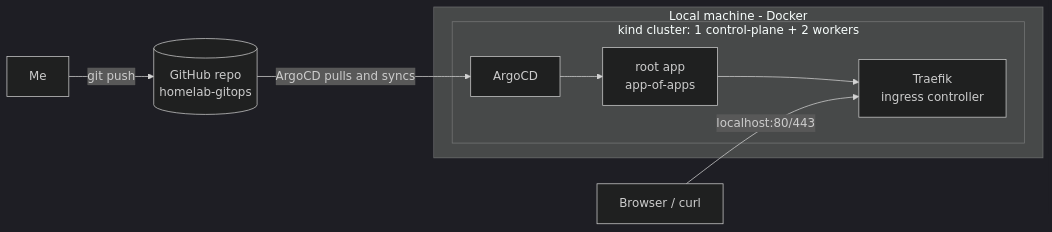
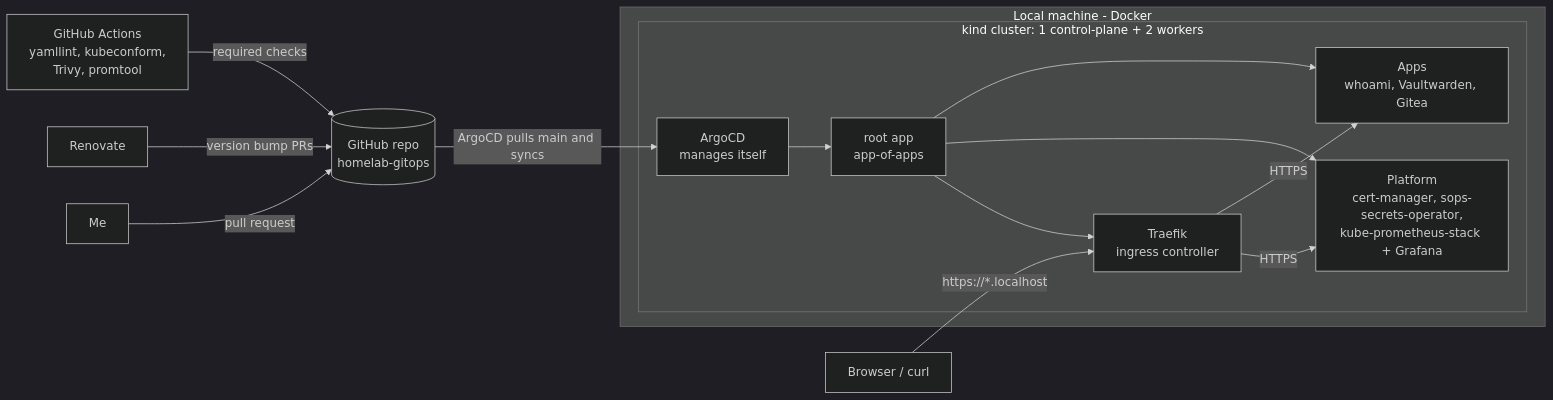
One commit to pablofc18/homelab-gitops changed the diagram in README.md. Above: the diagram before and after it, drawn with Mermaid (dark theme). The commit also changed other lines of this file and 1 other file, not shown here.

Commit message:
docs: refresh diagrams and docs to match the current stack

````diff
--- a/README.md
+++ b/README.md
@@ -11,16 +11,20 @@
 ```mermaid
 flowchart LR
-    Dev[Me] -->|git push| GH[(GitHub repo<br/>homelab-gitops)]
- 
+    Dev[Me] -->|pull request| GH[(GitHub repo<br/>homelab-gitops)]
+    REN[Renovate] -->|version bump PRs| GH
+    CI[GitHub Actions<br/>yamllint, kubeconform,<br/>Trivy, promtool] -->|required checks| GH
+
     subgraph PC[Local machine - Docker]
         subgraph KIND[kind cluster: 1 control-plane + 2 workers]
-            ARGO[ArgoCD]
-            ROOT[root app<br/>app-of-apps]
-            TRAEFIK[Traefik<br/>ingress controller]
-            ARGO --> ROOT --> TRAEFIK
+            ARGO[ArgoCD<br/>manages itself] --> ROOT[root app<br/>app-of-apps]
+            ROOT --> TRAEFIK[Traefik<br/>ingress controller]
+            ROOT --> PLATFORM[Platform<br/>cert-manager, sops-secrets-operator,<br/>kube-prometheus-stack + Grafana]
+            ROOT --> APPS[Apps<br/>whoami, Vaultwarden, Gitea]
+            TRAEFIK -->|HTTPS| PLATFORM
+            TRAEFIK -->|HTTPS| APPS
         end
     end
- 
-    GH -->|ArgoCD pulls and syncs| ARGO
-    Browser[Browser / curl] -->|localhost:80/443| TRAEFIK
+
+    GH -->|ArgoCD pulls main and syncs| ARGO
+    Browser[Browser / curl] -->|"https://*.localhost"| TRAEFIK
 ```
````
